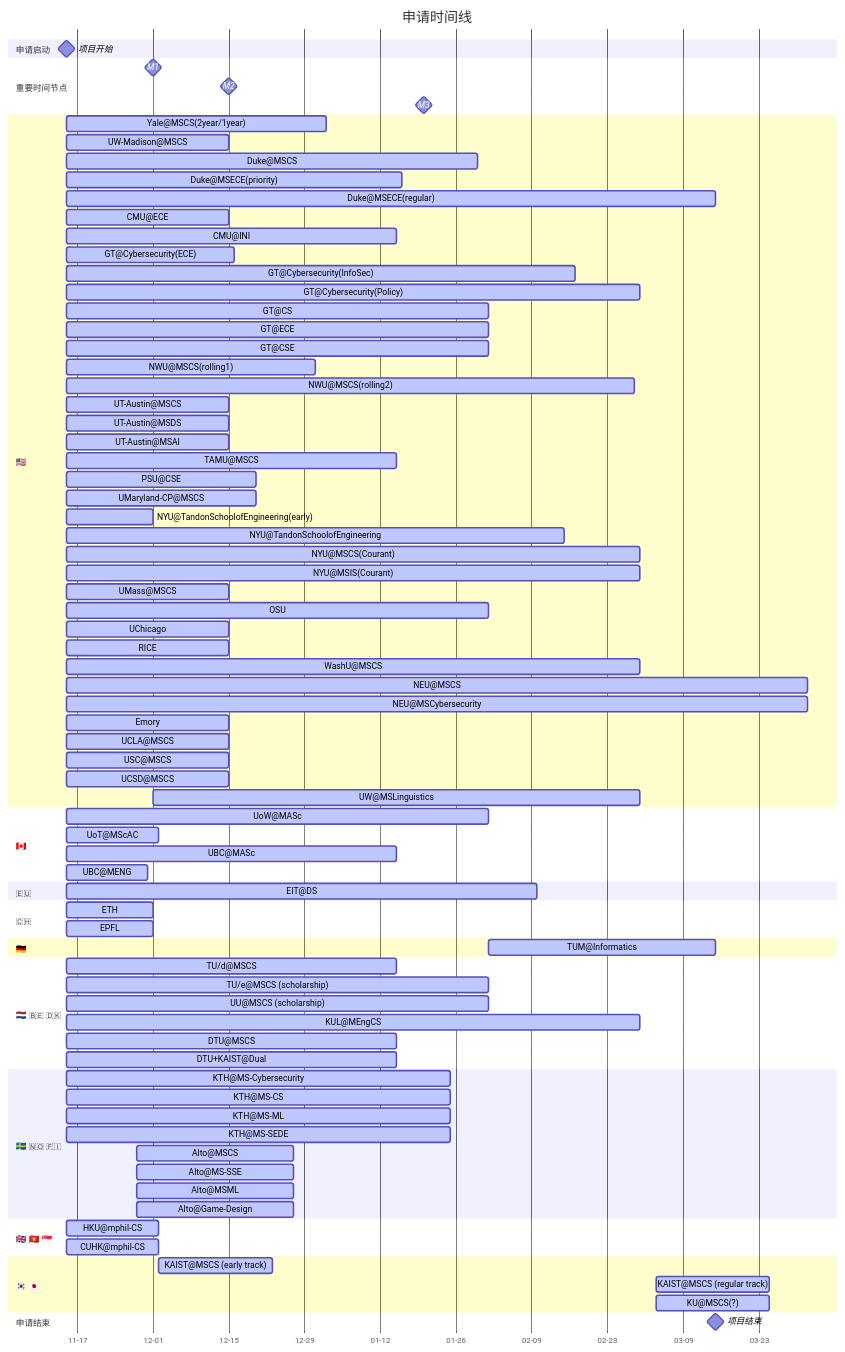
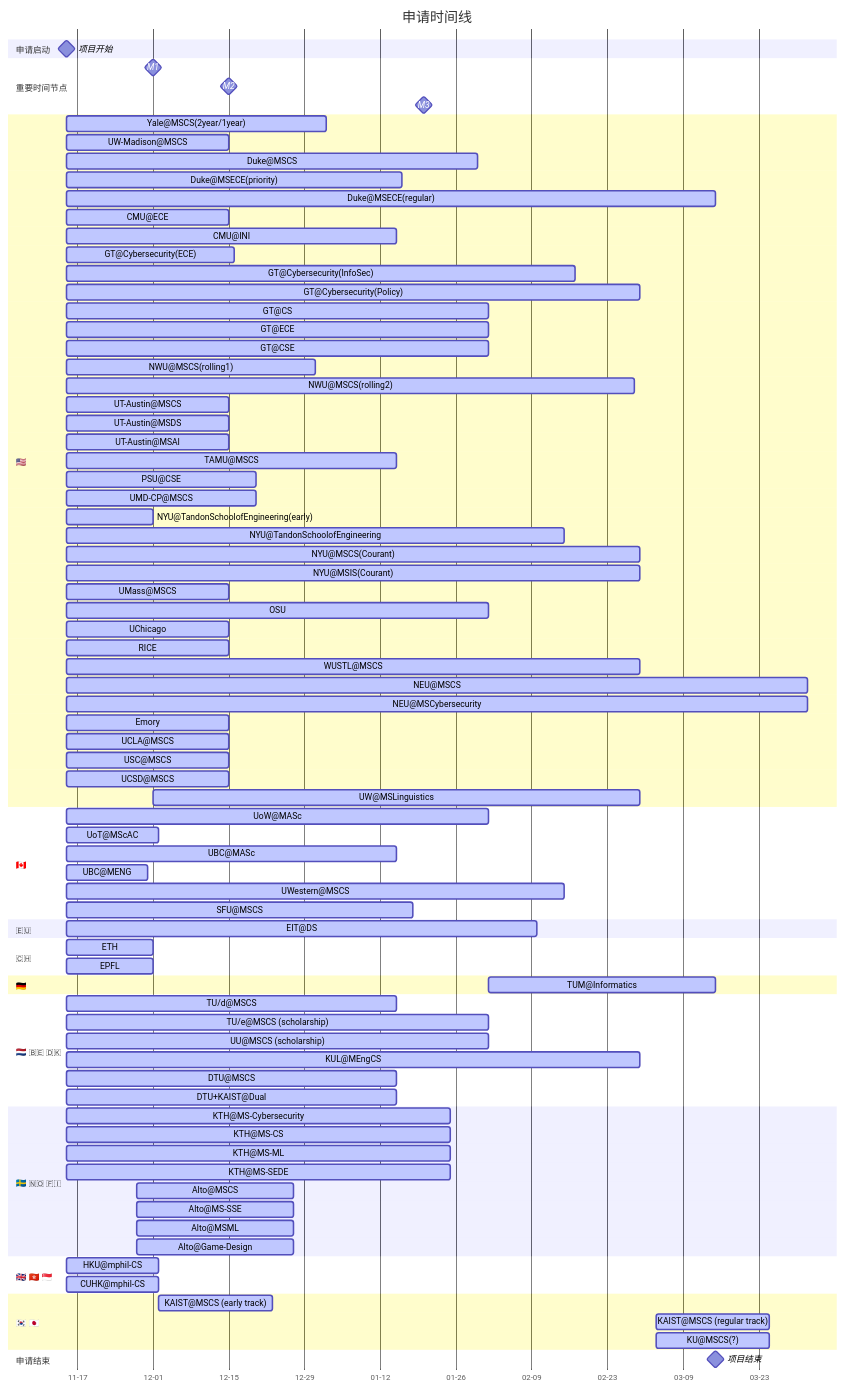
Before and after one commit to Miro0o/Docs-Notes: the diagram in CS/🗺 CS Overview/CS International Universities & Degrees/Master & PhD Application Guide/International Master & PhD Programs List.md, drawn with Mermaid. The commit also changed other lines of this file and 3 other files, not shown here.

```diff
--- a/CS/🗺 CS Overview/CS International Universities & Degrees/Master & PhD Application Guide/International Master & PhD Programs List.md
+++ b/CS/🗺 CS Overview/CS International Universities & Degrees/Master & PhD Application Guide/International Master & PhD Programs List.md
@@ -124,7 +124,7 @@
 UT-Austin@MSAI: active, 2024-11-15, 2024-12-15
 TAMU@MSCS: active, 2024-11-15, 2025-01-15
 PSU@CSE: active, 2024-11-15, 2024-12-20
-UMaryland-CP@MSCS: active, 2024-11-15, 2024-12-20
+UMD-CP@MSCS: active, 2024-11-15, 2024-12-20
 NYU@TandonSchoolofEngineering(early): active, 2024-11-15, 2024-12-01
 NYU@TandonSchoolofEngineering: active, 2024-11-15, 2025-02-15
 NYU@MSCS(Courant): active, 2024-11-15, 2025-03-01
@@ -133,7 +133,7 @@
 OSU: active, 2024-11-15, 2025-02-01
 UChicago: active, 2024-11-15, 2024-12-15
 RICE: active, 2024-11-15, 2024-12-15
-WashU@MSCS: active, 2024-11-15, 2025-03-01
+WUSTL@MSCS: active, 2024-11-15, 2025-03-01
 NEU@MSCS: active, 2024-11-15, 2025-04-01
 NEU@MSCybersecurity: active, 2024-11-15, 2025-04-01
 Emory: active, 2024-11-15, 2024-12-15
@@ -147,6 +147,8 @@
 UoT@MScAC: active, 2024-11-15, 2024-12-02
 UBC@MASc: active, 2024-11-15, 2025-01-15
 UBC@MENG: active, 2024-11-15, 2024-11-30
+UWestern@MSCS: active, 2024-11-15, 2025-02-15
+SFU@MSCS: active, 2024-11-15, 2025-01-18
 
 section 🇪‍🇺
 EIT@DS: active, 2024-11-15, 2025-02-10
```
